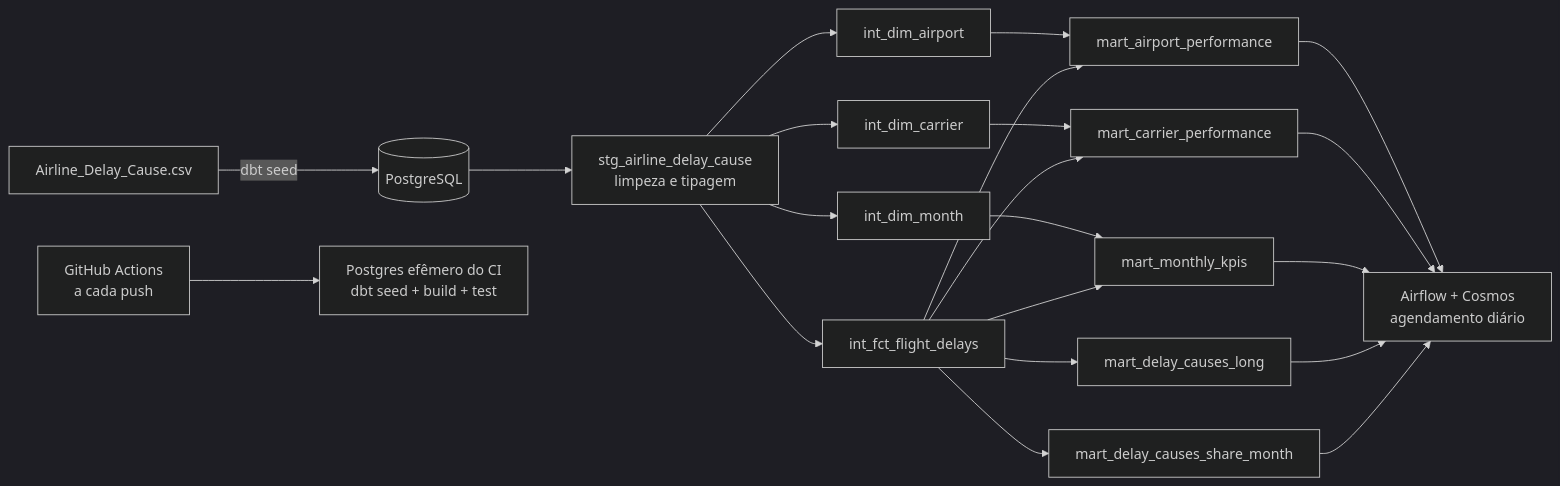
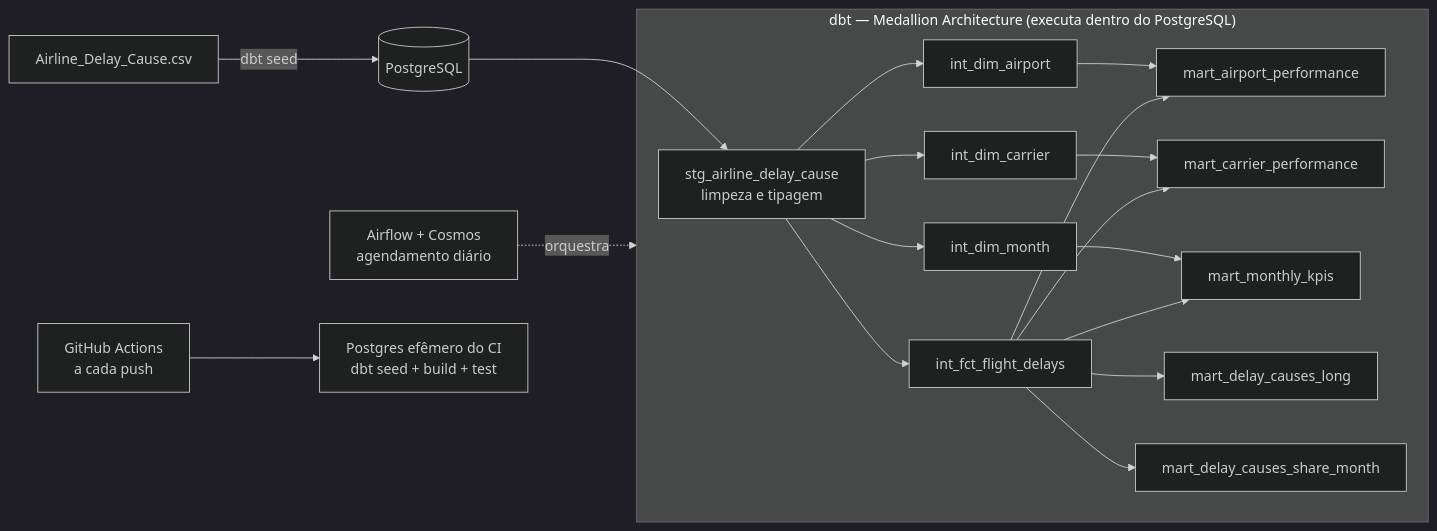
The diagram in README.md (iannfava/data-warehouse-airflow-dbt), drawn with Mermaid (dark theme) before and after one commit.

Commit message:
docs: diagrama mostra Airflow orquestrando o pipeline dbt

````diff
--- a/README.md
+++ b/README.md
@@ -15,19 +15,24 @@
 ```mermaid
 flowchart LR
     A[Airline_Delay_Cause.csv] -->|dbt seed| B[(PostgreSQL)]
-    B --> C[stg_airline_delay_cause\nlimpeza e tipagem]
-    C --> D1[int_dim_airport]
-    C --> D2[int_dim_carrier]
-    C --> D3[int_dim_month]
-    C --> E[int_fct_flight_delays]
-    D1 --> F1[mart_airport_performance]
-    D2 --> F2[mart_carrier_performance]
-    D3 --> F3[mart_monthly_kpis]
-    E --> F1
-    E --> F2
-    E --> F3
-    E --> F4[mart_delay_causes_long]
-    E --> F5[mart_delay_causes_share_month]
-    F1 & F2 & F3 & F4 & F5 --> G[Airflow + Cosmos\nagendamento diário]
+
+    subgraph DBT["dbt — Medallion Architecture (executa dentro do PostgreSQL)"]
+        C[stg_airline_delay_cause\nlimpeza e tipagem]
+        C --> D1[int_dim_airport]
+        C --> D2[int_dim_carrier]
+        C --> D3[int_dim_month]
+        C --> E[int_fct_flight_delays]
+        D1 --> F1[mart_airport_performance]
+        D2 --> F2[mart_carrier_performance]
+        D3 --> F3[mart_monthly_kpis]
+        E --> F1
+        E --> F2
+        E --> F3
+        E --> F4[mart_delay_causes_long]
+        E --> F5[mart_delay_causes_share_month]
+    end
+
+    B --> C
+    G[Airflow + Cosmos\nagendamento diário] -.->|orquestra| DBT
     H[GitHub Actions\na cada push] --> I[Postgres efêmero do CI\ndbt seed + build + test]
 ```
````
